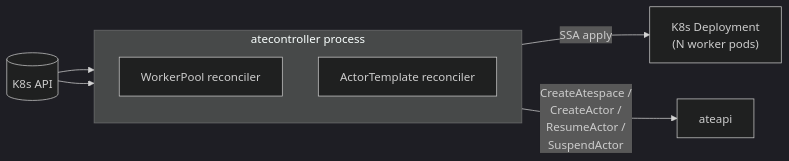
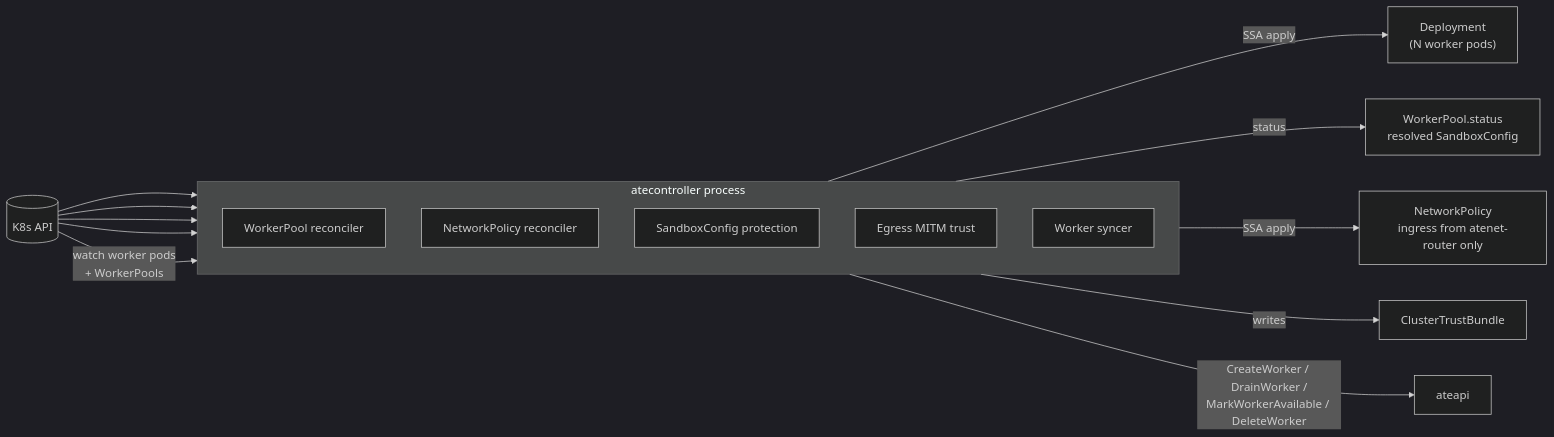
One commit to christian-posta/substrate changed the first of 2 diagrams in atlas/src/content/docs/components/atecontroller.mdx. Above: the diagram before and after it, drawn with Mermaid (dark theme). The commit also changed other lines of this file and 34 other files, not shown here.

````diff
--- a/atlas/src/content/docs/components/atecontroller.mdx
+++ b/atlas/src/content/docs/components/atecontroller.mdx
@@ -15,16 +20,25 @@
 ```mermaid
 flowchart LR
   subgraph CTRL["atecontroller process"]
     direction TB
     WPR["WorkerPool reconciler"]
-    ATR["ActorTemplate reconciler"]
+    NPR["NetworkPolicy reconciler"]
+    SCP["SandboxConfig protection"]
+    EMT["Egress MITM trust"]
+    SYNC["Worker syncer"]
   end
 
   K8s[(K8s API)] --> WPR
-  K8s --> ATR
+  K8s --> NPR
+  K8s --> SCP
+  K8s --> EMT
+  K8s -- watch worker pods<br/>+ WorkerPools --> SYNC
 
-  WPR -- SSA apply --> DEP["K8s Deployment<br/>(N worker pods)"]
-  ATR -- CreateAtespace /<br/>CreateActor /<br/>ResumeActor /<br/>SuspendActor --> API[ateapi]
+  WPR -- SSA apply --> DEP["Deployment<br/>(N worker pods)"]
+  WPR -- status --> WPS["WorkerPool.status<br/>resolved SandboxConfig"]
+  NPR -- SSA apply --> NP["NetworkPolicy<br/>ingress from atenet-router only"]
+  EMT -- writes --> CTB["ClusterTrustBundle"]
+  SYNC -- CreateWorker / DrainWorker /<br/>MarkWorkerAvailable / DeleteWorker --> API[ateapi]
 
   click API "/components/ateapi/" "ateapi"
 ```
````
